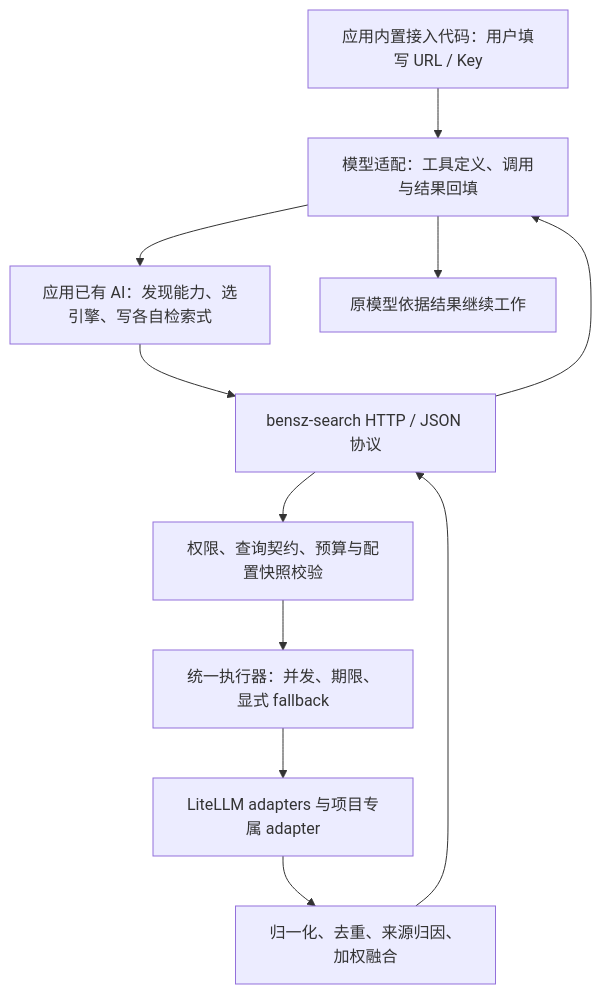
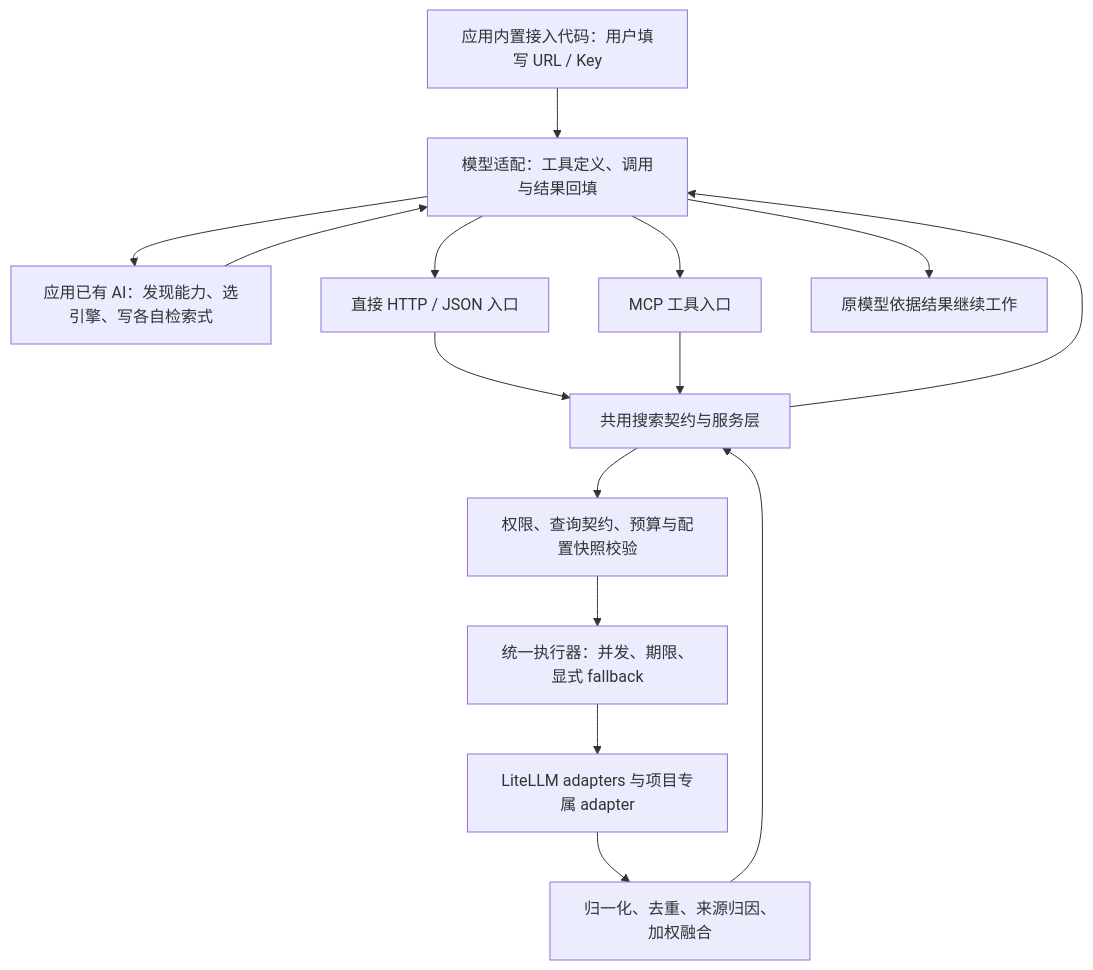
The diagram in docs/plans/2026-10-03-global-llm-search-protocol.md (huangwb8/bensz-search), drawn with Mermaid before and after one commit. The commit also changed other lines of this file and 14 other files, not shown here.

````diff
--- a/docs/plans/2026-10-03-global-llm-search-protocol.md
+++ b/docs/plans/2026-10-03-global-llm-search-protocol.md
@@ -44,13 +68,17 @@
 ```mermaid
 flowchart TD
     App[应用内置接入代码：用户填写 URL / Key] --> Bridge[模型适配：工具定义、调用与结果回填]
     Bridge --> AI[应用已有 AI：发现能力、选引擎、写各自检索式]
-    AI --> API[bensz-search HTTP / JSON 协议]
-    API --> Validate[权限、查询契约、预算与配置快照校验]
+    AI --> Bridge
+    Bridge --> HTTP[直接 HTTP / JSON 入口]
+    Bridge --> MCP[MCP 工具入口]
+    HTTP --> Contract[共用搜索契约与服务层]
+    MCP --> Contract
+    Contract --> Validate[权限、查询契约、预算与配置快照校验]
     Validate --> Execute[统一执行器：并发、期限、显式 fallback]
     Execute --> Providers[LiteLLM adapters 与项目专属 adapter]
     Providers --> Results[归一化、去重、来源归因、加权融合]
-    Results --> API
-    API --> Bridge
+    Results --> Contract
+    Contract --> Bridge
     Bridge --> Answer[原模型依据结果继续工作]
 ```
````
